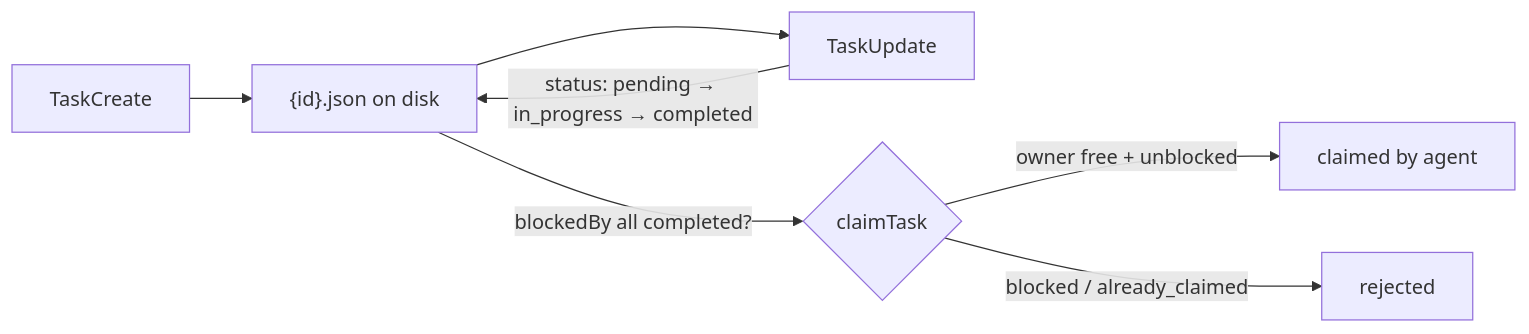
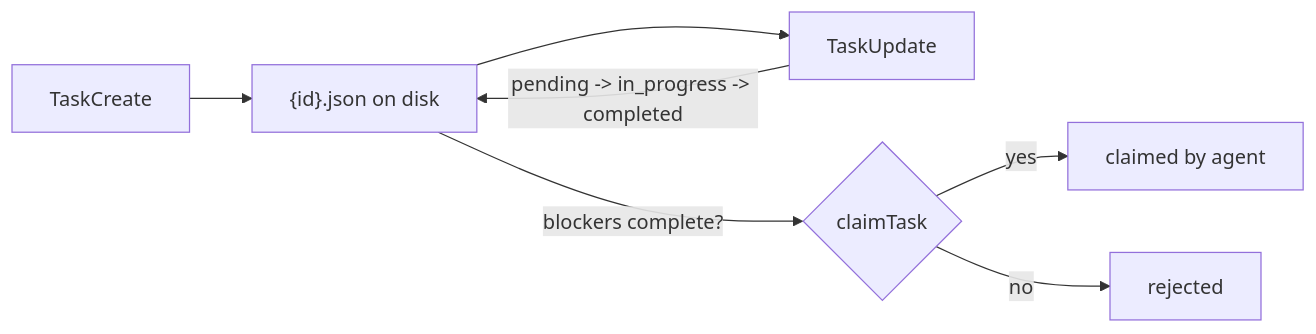
One commit to hardness1020/awesome-agent-architecture changed the diagram in sections/12-task-system/README.md. Above: the diagram before and after it, drawn with Mermaid. The commit also changed other lines of this file and 16 other files, not shown here.

````diff
--- a/sections/12-task-system/README.md
+++ b/sections/12-task-system/README.md
@@ -20,9 +24,9 @@
 ```mermaid
 flowchart LR
     C[TaskCreate] --> F["{id}.json on disk"]
     F --> U[TaskUpdate]
-    U -->|"status: pending → in_progress → completed"| F
-    F -->|"blockedBy all completed?"| K{claimTask}
-    K -->|owner free + unblocked| W[claimed by agent]
-    K -->|blocked / already_claimed| X[rejected]
+    U -->|"pending -> in_progress -> completed"| F
+    F -->|"blockers complete?"| K{claimTask}
+    K -->|yes| W[claimed by agent]
+    K -->|no| X[rejected]
 ```
````
